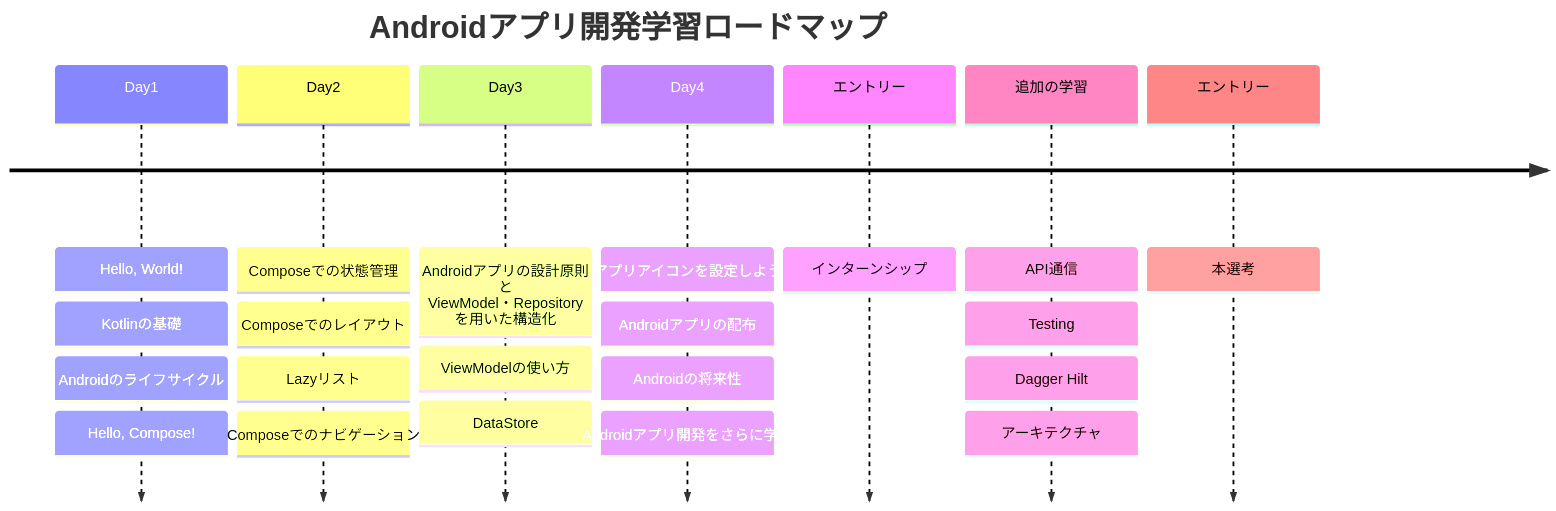
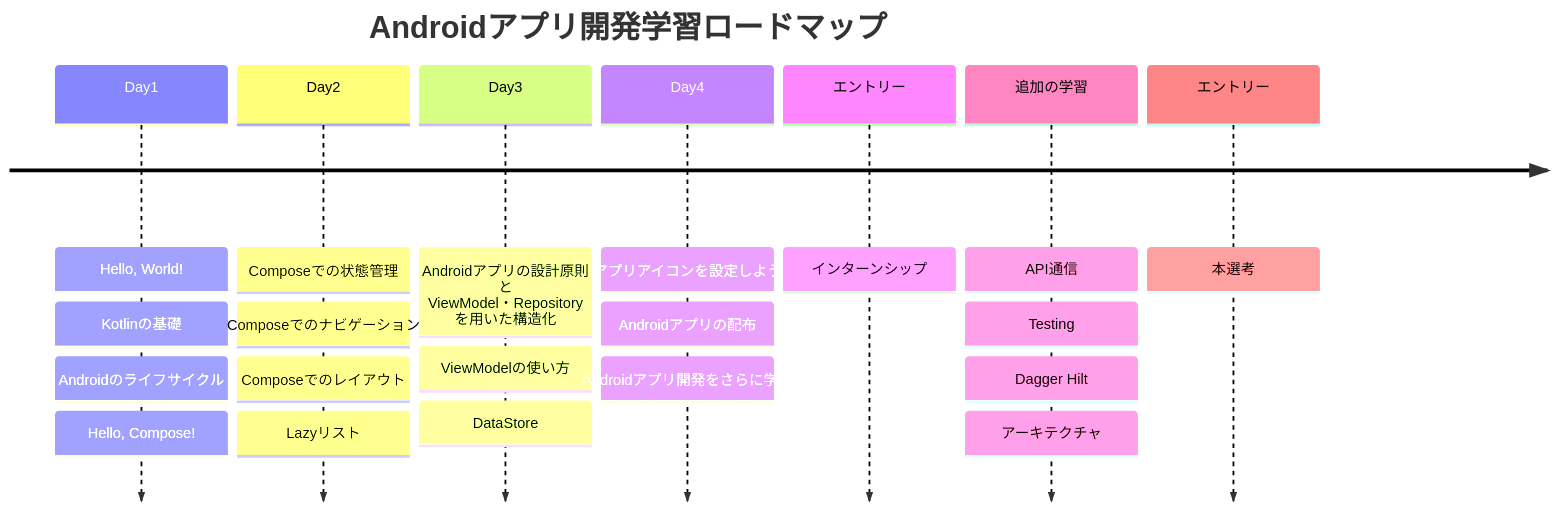
The diagram in README.md (CyberAgentHack/android-bootcamp-iwate-pref-20250926), drawn with Mermaid before and after one commit. The commit also changed other lines of this file, not shown here.

````diff
--- a/README.md
+++ b/README.md
@@ -20,32 +20,31 @@
 ```mermaid
 timeline
     title Androidアプリ開発学習ロードマップ
     
     Day1 : Hello, World!
          : Kotlinの基礎
          : Androidのライフサイクル
          : Hello, Compose!
     
     Day2 : Composeでの状態管理
+         : Composeでのナビゲーション
          : Composeでのレイアウト
          : Lazyリスト
-         : Composeでのナビゲーション
     
     Day3 : Androidアプリの設計原則 と ViewModel・Repository を用いた構造化
          : ViewModelの使い方
          : DataStore
     
     Day4 : アプリアイコンを設定しよう
          : Androidアプリの配布
-         : Androidの将来性
          : Androidアプリ開発をさらに学ぶ
 
     エントリー : インターンシップ
     
     追加の学習 : API通信
               : Testing
               : Dagger Hilt
               : アーキテクチャ
 
     エントリー : 本選考
 ```
````
